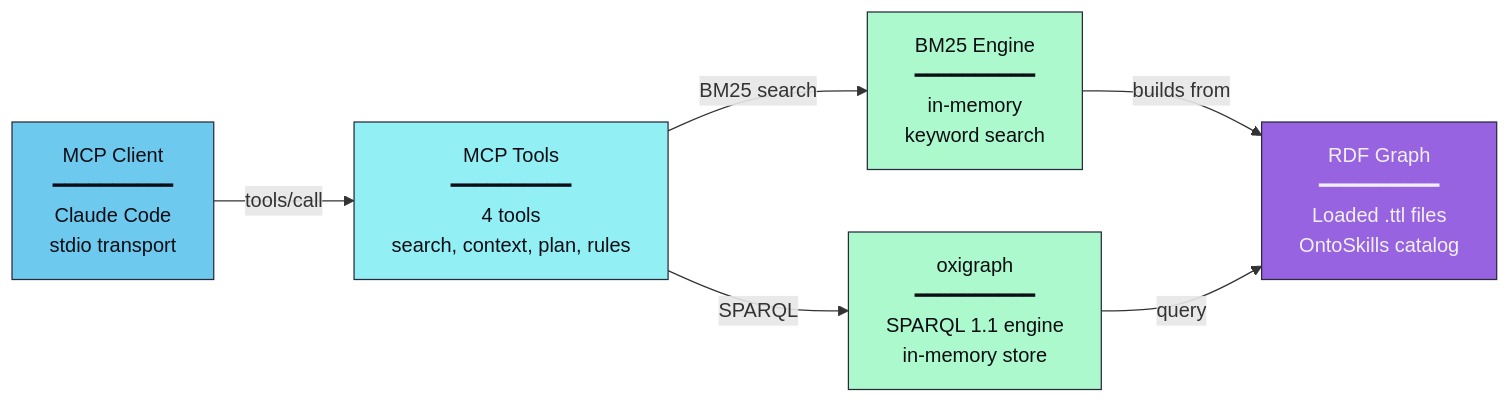
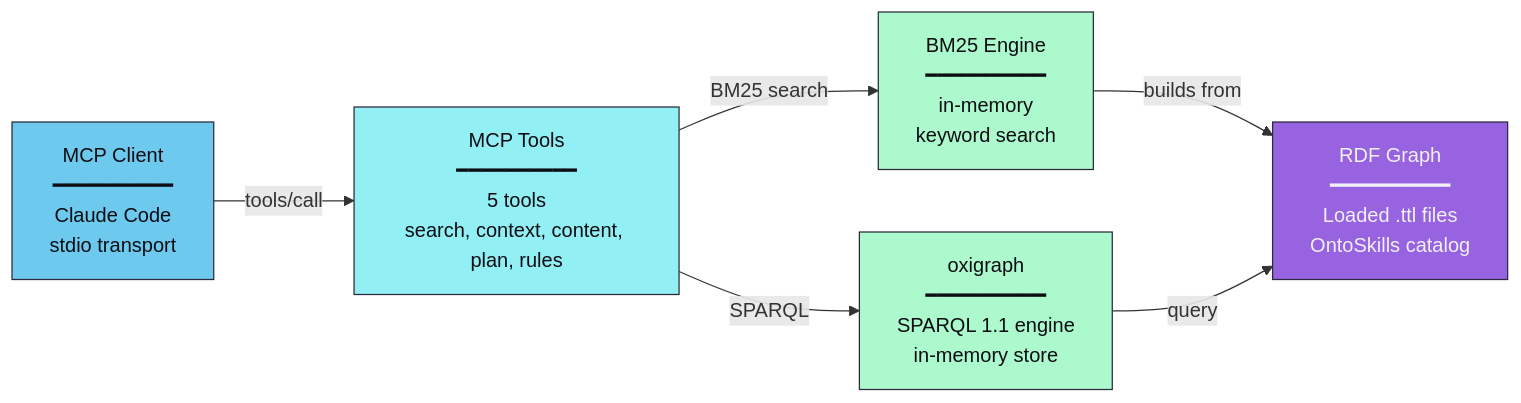
The second of 3 diagrams in mcp/README.md (mareasoftware/ontoclaw), drawn with Mermaid before and after one commit. The commit also changed other lines of this file and 48 other files, not shown here.

First line of the commit message:
feat: content extraction pipeline, get_skill_content MCP tool & site docs

````diff
--- a/mcp/README.md
+++ b/mcp/README.md
@@ -44,14 +45,14 @@
 ```mermaid
 flowchart LR
-    CLIENT["MCP Client<br/>━━━━━━━━━━<br/>Claude Code<br/>stdio transport"] -->|"tools/call"| TOOLS["MCP Tools<br/>━━━━━━━━━━<br/>4 tools<br/>search, context, plan, rules"]
+    CLIENT["MCP Client<br/>━━━━━━━━━━<br/>Claude Code<br/>stdio transport"] -->|"tools/call"| TOOLS["MCP Tools<br/>━━━━━━━━━━<br/>5 tools<br/>search, context, content, plan, rules"]
     TOOLS -->|"BM25 search"| BM25["BM25 Engine<br/>━━━━━━━━━━<br/>in-memory<br/>keyword search"]
     TOOLS -->|"SPARQL"| SPARQL["oxigraph<br/>━━━━━━━━━━<br/>SPARQL 1.1 engine<br/>in-memory store"]
     BM25 -->|"builds from"| GRAPH["RDF Graph<br/>━━━━━━━━━━<br/>Loaded .ttl files<br/>OntoSkills catalog"]
     SPARQL -->|"query"| GRAPH
 
     style CLIENT fill:#6dc9ee,stroke:#2a2a3e,color:#0d0d14
     style TOOLS fill:#92eff4,stroke:#2a2a3e,color:#0d0d14
     style BM25 fill:#abf9cc,stroke:#2a2a3e,color:#0d0d14
     style SPARQL fill:#abf9cc,stroke:#2a2a3e,color:#0d0d14
     style GRAPH fill:#9763e1,stroke:#2a2a3e,color:#f0f0f5
 ```
````
